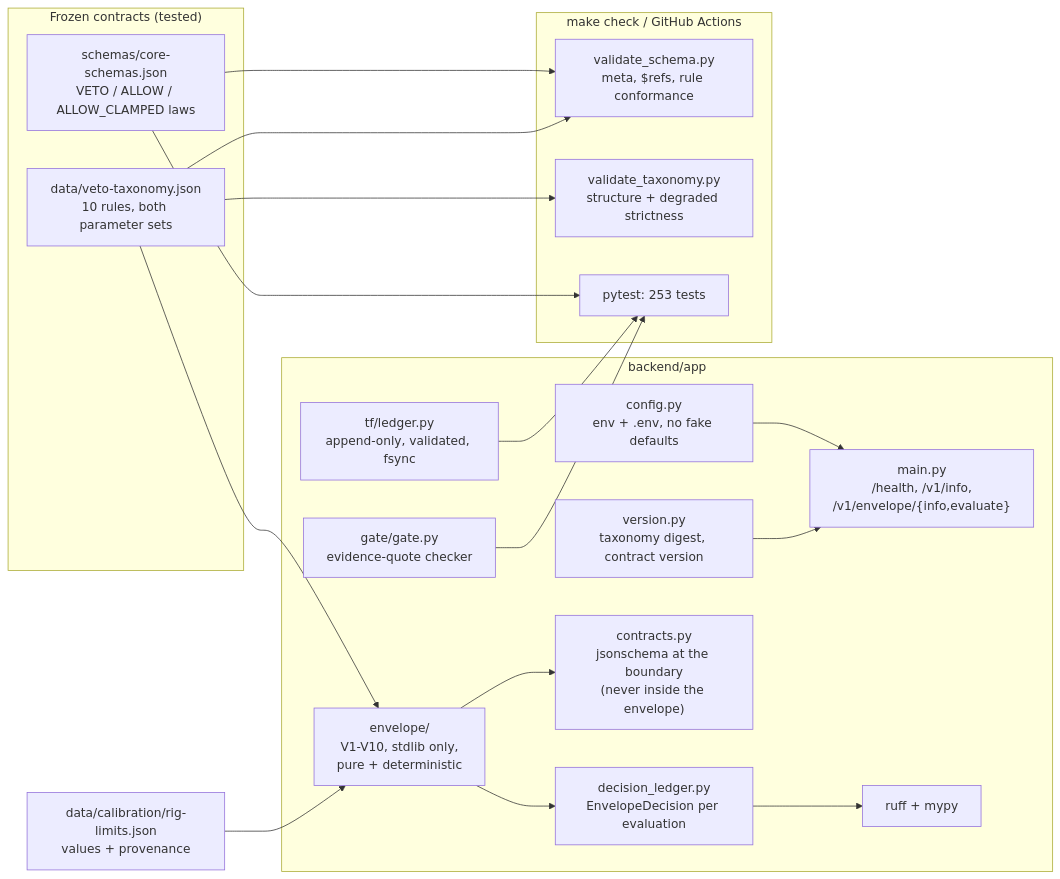
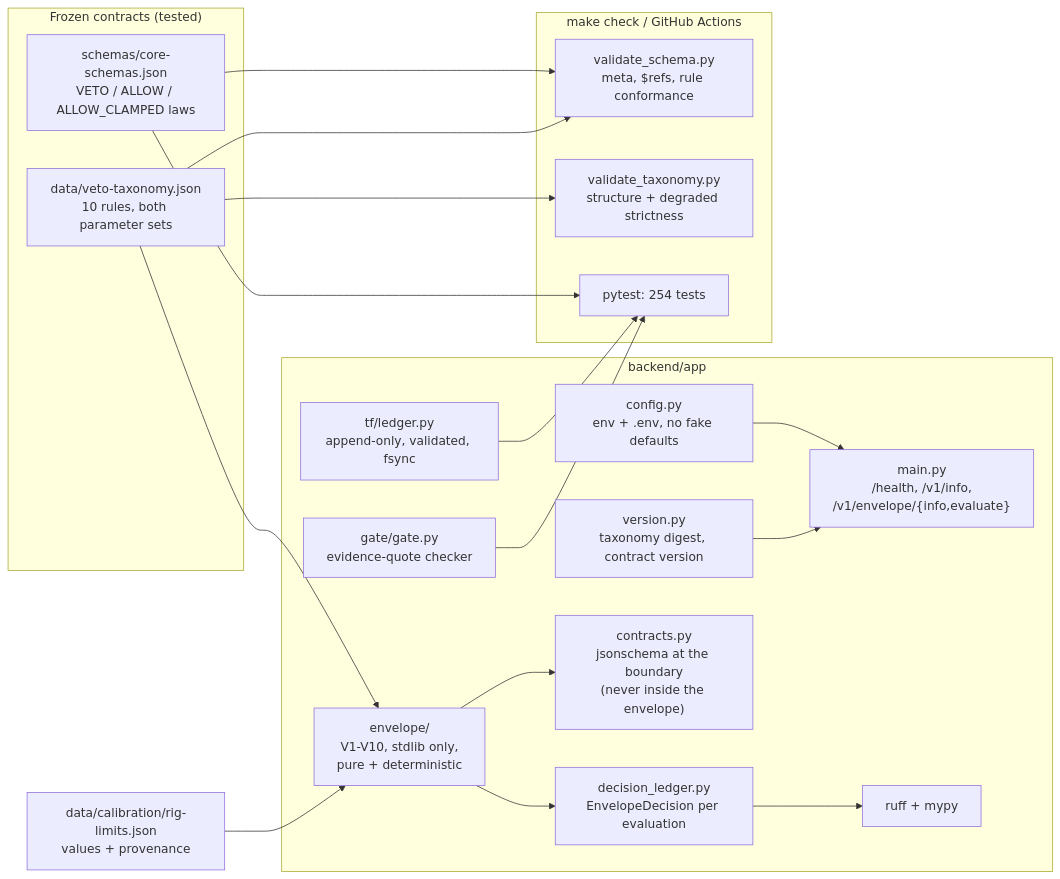
One commit to knarayanareddy/reflex-physical-ai changed the first of 2 diagrams in ARCHITECTURE.md. Above: the diagram before and after it, drawn with Mermaid. The commit also changed 8 other files, not shown here.

````diff
--- a/ARCHITECTURE.md
+++ b/ARCHITECTURE.md
@@ -10,40 +10,40 @@
 ```mermaid
 flowchart LR
     subgraph Contracts["Frozen contracts (tested)"]
         S["schemas/core-schemas.json<br/>VETO / ALLOW / ALLOW_CLAMPED laws"]
         T["data/veto-taxonomy.json<br/>10 rules, both parameter sets"]
     end
 
     subgraph Backend["backend/app"]
         C["config.py<br/>env + .env, no fake defaults"]
         M["main.py<br/>/health, /v1/info,<br/>/v1/envelope/{info,evaluate}"]
         V["version.py<br/>taxonomy digest, contract version"]
         L["tf/ledger.py<br/>append-only, validated, fsync"]
         G["gate/gate.py<br/>evidence-quote checker"]
         E["envelope/<br/>V1-V10, stdlib only,<br/>pure + deterministic"]
         K["contracts.py<br/>jsonschema at the boundary<br/>(never inside the envelope)"]
         D["decision_ledger.py<br/>EnvelopeDecision per evaluation"]
         R["replay.py<br/>two-arm swept-volume 2-D"]
     end
 
     subgraph CI["make check / GitHub Actions"]
         R["ruff + mypy"]
         SV["validate_schema.py<br/>meta, $refs, rule conformance"]
         TV["validate_taxonomy.py<br/>structure + degraded strictness"]
-        P["pytest: 253 tests"]
+        P["pytest: 254 tests"]
     end
 
     S --> SV
     T --> SV
     T --> TV
     S --> P
     C --> M
     V --> M
     L --> P
     G --> P
     T --> E
     CAL["data/calibration/rig-limits.json<br/>values + provenance"] --> E
     E --> K
     E --> D
     D --> R
 ```
````
